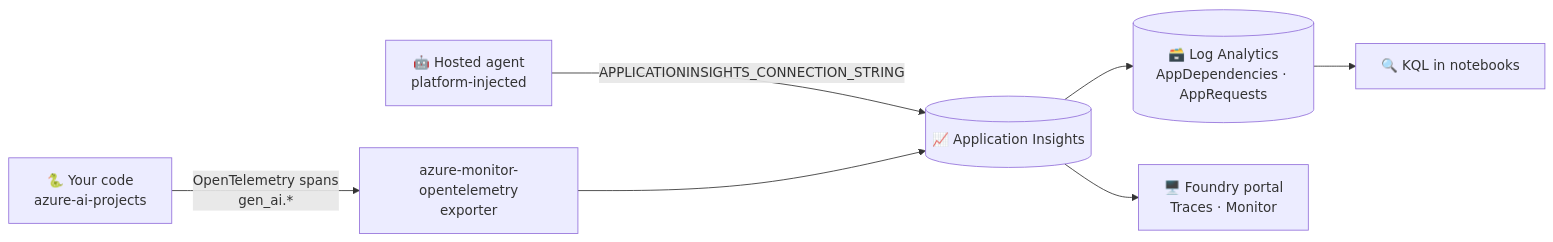
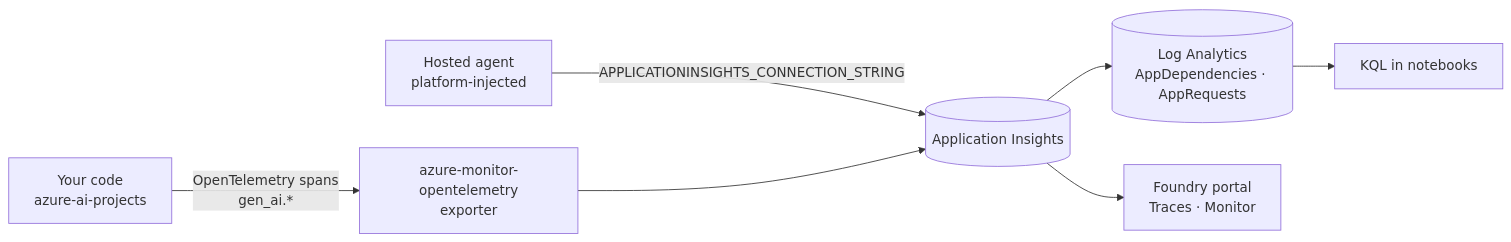
The diagram in docs/observability.md (nampacx/MS-Foundry-from-0-to-hero), drawn with Mermaid before and after one commit. The commit also changed other lines of this file and 37 other files, not shown here.

````diff
--- a/docs/observability.md
+++ b/docs/observability.md
@@ -19,9 +19,9 @@
 ```mermaid
 flowchart LR
-  A[🐍 Your code<br/>azure-ai-projects] -->|OpenTelemetry spans<br/>gen_ai.*| E[azure-monitor-opentelemetry<br/>exporter]
-  H[🤖 Hosted agent<br/>platform-injected] -->|APPLICATIONINSIGHTS_CONNECTION_STRING| AI
-  E --> AI[(📈 Application Insights)]
-  AI --> LA[(🗃️ Log Analytics<br/>AppDependencies · AppRequests)]
-  AI --> PT[🖥️ Foundry portal<br/>Traces · Monitor]
-  LA --> K[🔍 KQL in notebooks]
+  A[Your code<br/>azure-ai-projects] -->|OpenTelemetry spans<br/>gen_ai.*| E[azure-monitor-opentelemetry<br/>exporter]
+  H[Hosted agent<br/>platform-injected] -->|APPLICATIONINSIGHTS_CONNECTION_STRING| AI
+  E --> AI[(Application Insights)]
+  AI --> LA[(Log Analytics<br/>AppDependencies · AppRequests)]
+  AI --> PT[Foundry portal<br/>Traces · Monitor]
+  LA --> K[KQL in notebooks]
 ```
````
